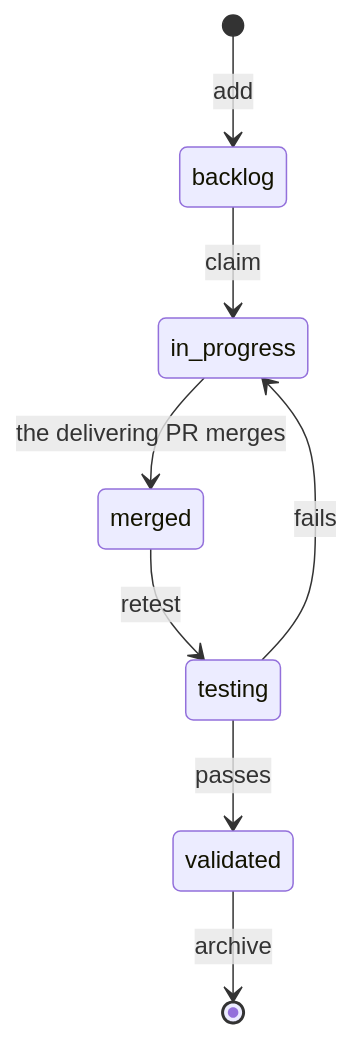
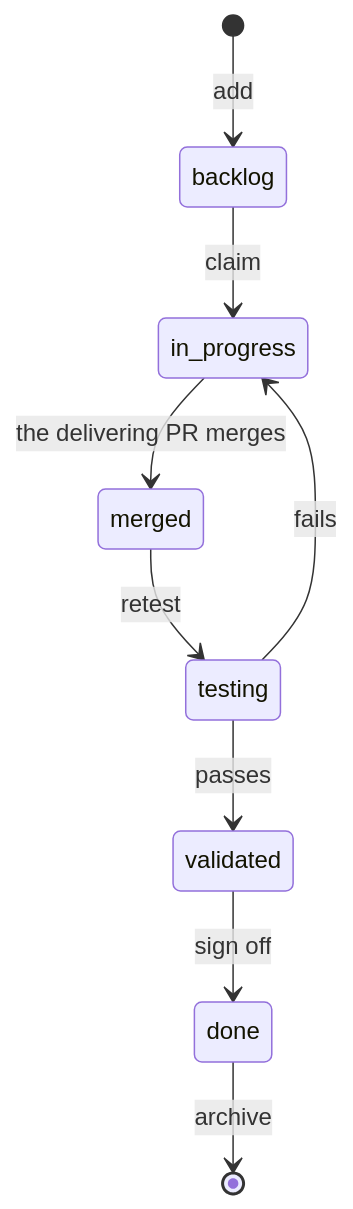
One commit to milos-sikic-nimbus-tech/fuda changed the diagram in api/internal/guide/pages/05-workflow.md. Above: the diagram before and after it, drawn with Mermaid. The commit also changed other lines of this file and 20 other files, not shown here.

First line of the commit message:
Archive is a place, not a status: done is valid on the board

````diff
--- a/api/internal/guide/pages/05-workflow.md
+++ b/api/internal/guide/pages/05-workflow.md
@@ -16,10 +17,11 @@
 ```mermaid
 stateDiagram-v2
   [*] --> backlog: add
   backlog --> in_progress: claim
   in_progress --> merged: the delivering PR merges
   merged --> testing: retest
   testing --> validated: passes
   testing --> in_progress: fails
-  validated --> [*]: archive
+  validated --> done: sign off
+  done --> [*]: archive
 ```
````
